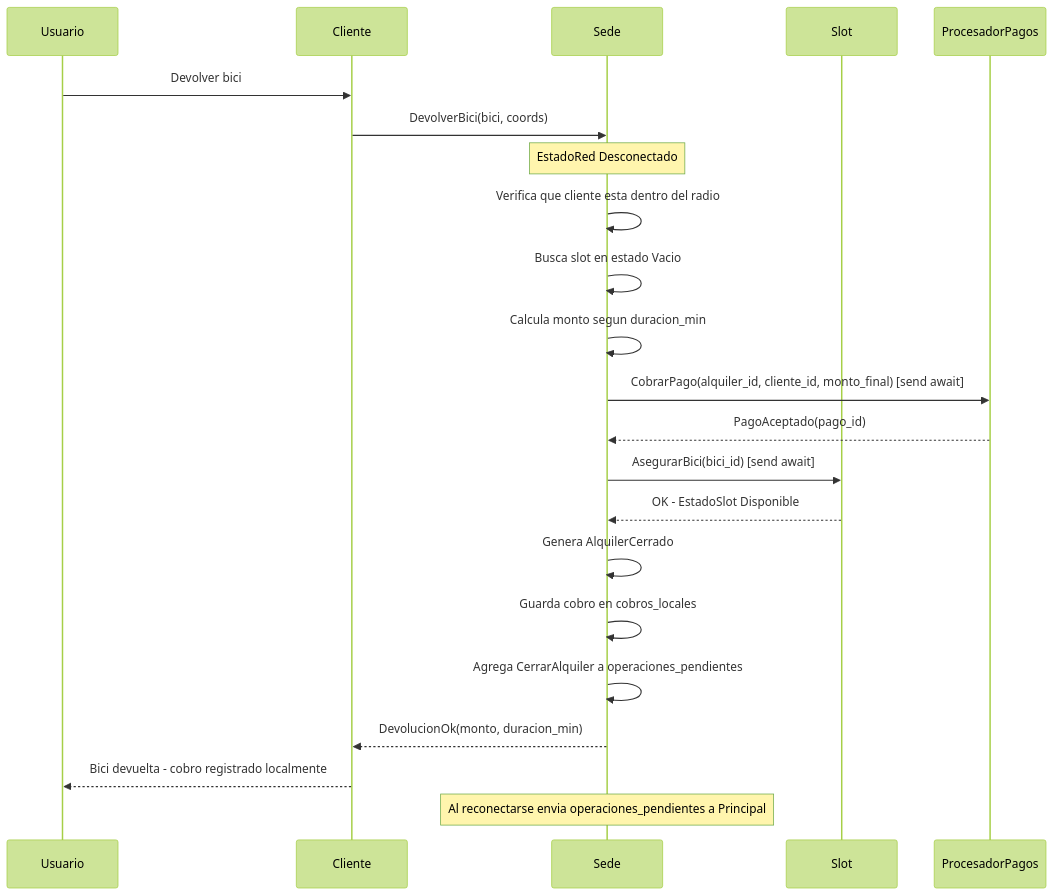
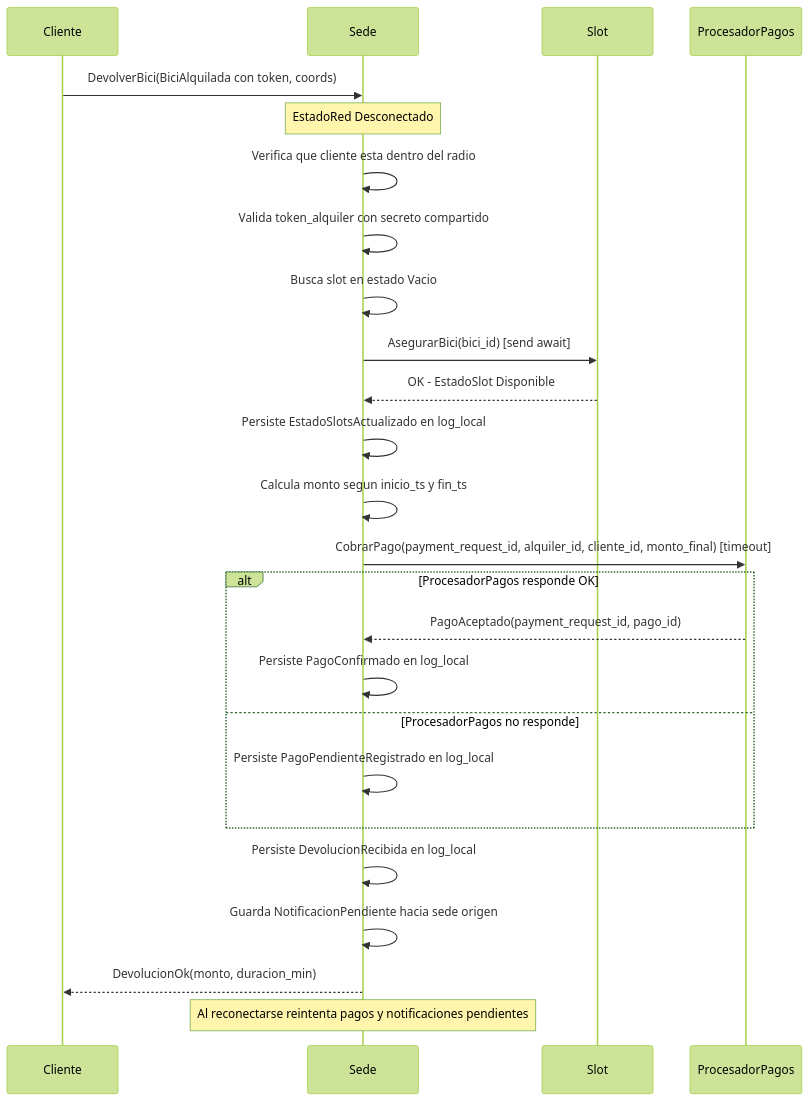
Before and after one commit to Jmenechian/distributed-bike-sharing: the eighth of 15 diagrams in README.md, drawn with Mermaid (forest theme). The commit also changed other lines of this file, not shown here.

Commit message:
subo cambios de la arquitectura con correcciones

````diff
--- a/README.md
+++ b/README.md
@@ -714,25 +1258,30 @@
 ```mermaid
 sequenceDiagram
-    participant Usuario
     participant Cliente
     participant Sede
     participant Slot
     participant ProcesadorPagos
 
-    Usuario->>Cliente: Devolver bici
-    Cliente->>Sede: DevolverBici(bici, coords)
+    Cliente->>Sede: DevolverBici(BiciAlquilada con token, coords)
     Note over Sede: EstadoRed Desconectado
     Sede->>Sede: Verifica que cliente esta dentro del radio
+    Sede->>Sede: Valida token_alquiler con secreto compartido
     Sede->>Sede: Busca slot en estado Vacio
-    Sede->>Sede: Calcula monto segun duracion_min
-    Sede->>ProcesadorPagos: CobrarPago(alquiler_id, cliente_id, monto_final) [send await]
-    ProcesadorPagos-->>Sede: PagoAceptado(pago_id)
     Sede->>Slot: AsegurarBici(bici_id) [send await]
     Slot-->>Sede: OK - EstadoSlot Disponible
-    Sede->>Sede: Genera AlquilerCerrado
-    Sede->>Sede: Guarda cobro en cobros_locales
-    Sede->>Sede: Agrega CerrarAlquiler a operaciones_pendientes
+    Sede->>Sede: Persiste EstadoSlotsActualizado en log_local
+    Sede->>Sede: Calcula monto segun inicio_ts y fin_ts
+    Sede->>ProcesadorPagos: CobrarPago(payment_request_id, alquiler_id, cliente_id, monto_final) [timeout]
+
+    alt ProcesadorPagos responde OK
+        ProcesadorPagos-->>Sede: PagoAceptado(payment_request_id, pago_id)
+        Sede->>Sede: Persiste PagoConfirmado en log_local
+    else ProcesadorPagos no responde
+        Sede->>Sede: Persiste PagoPendienteRegistrado en log_local
+    end
+
+    Sede->>Sede: Persiste DevolucionRecibida en log_local
+    Sede->>Sede: Guarda NotificacionPendiente hacia sede origen
     Sede-->>Cliente: DevolucionOk(monto, duracion_min)
-    Cliente-->>Usuario: Bici devuelta - cobro registrado localmente
-    Note over Sede: Al reconectarse envia operaciones_pendientes a Principal
+    Note over Sede: Al reconectarse reintenta pagos y notificaciones pendientes
 ```
````
